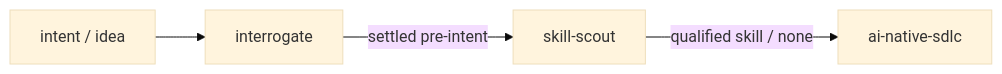
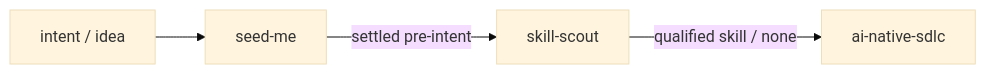
One commit to jon-devlapaz/tink-skills changed the diagram in README.md. Above: the diagram before and after it, drawn with Mermaid (base theme). The commit also changed other lines of this file and 30 other files, not shown here.

````diff
--- a/README.md
+++ b/README.md
@@ -11,6 +11,6 @@
 ```mermaid
 flowchart LR
-    intent["intent / idea"] --> interrogate["interrogate"]
-    interrogate -->|settled pre-intent| scout["skill-scout"]
+    intent["intent / idea"] --> seed_me["seed-me"]
+    seed_me -->|settled pre-intent| scout["skill-scout"]
     scout -->|qualified skill / none| implementation["ai-native-sdlc"]
 ```
````
